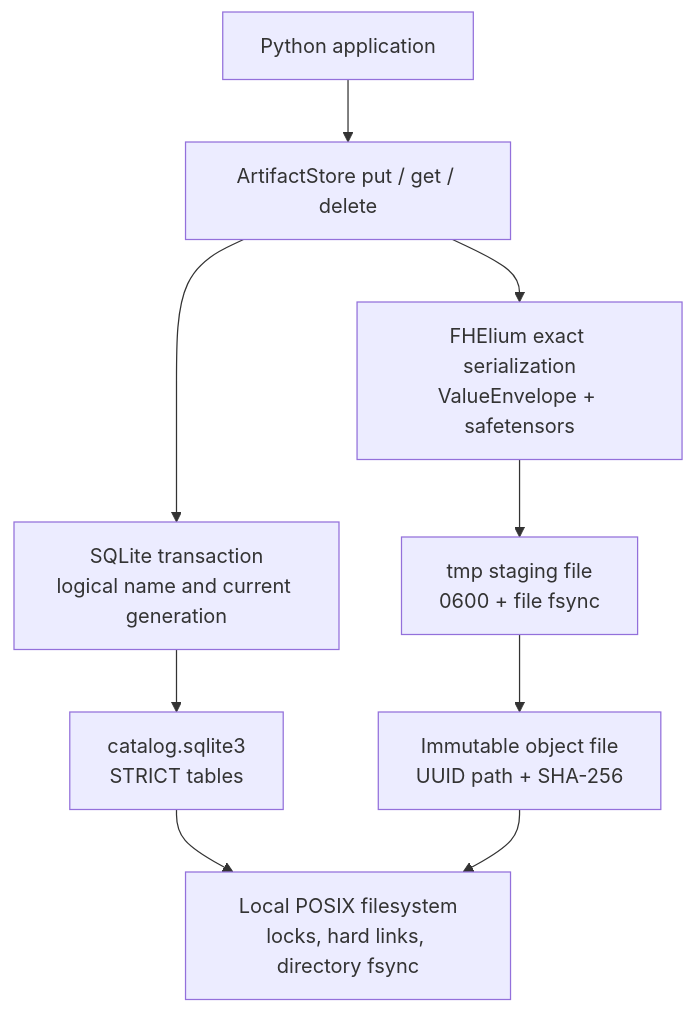
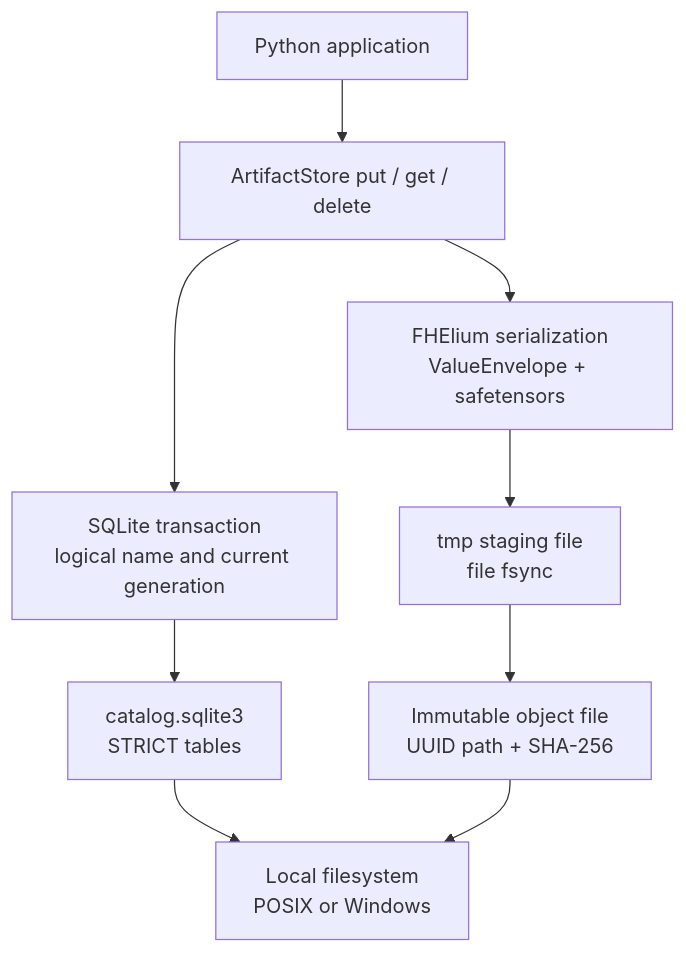
Before and after one commit to visualDust/fhelium: the diagram in docs/developer/artifact-store-v1.md, drawn with Mermaid. The commit also changed other lines of this file and 222 other files, not shown here.

````diff
--- a/docs/developer/artifact-store-v1.md
+++ b/docs/developer/artifact-store-v1.md
@@ -10,17 +10,17 @@
 ```mermaid
 graph TB
     APP[Python application]
     API[ArtifactStore put / get / delete]
     TX[SQLite transaction<br/>logical name and current generation]
-    SER[FHElium exact serialization<br/>ValueEnvelope + safetensors]
-    STAGE[tmp staging file<br/>0600 + file fsync]
+    SER[FHElium serialization<br/>ValueEnvelope + safetensors]
+    STAGE[tmp staging file<br/>file fsync]
     OBJ[Immutable object file<br/>UUID path + SHA-256]
     CAT[catalog.sqlite3<br/>STRICT tables]
-    FS[Local POSIX filesystem<br/>locks, hard links, directory fsync]
+    FS[Local filesystem<br/>POSIX or Windows]
 
     APP --> API
     API --> TX --> CAT
     API --> SER --> STAGE --> OBJ
     CAT --> FS
     OBJ --> FS
 ```
````
